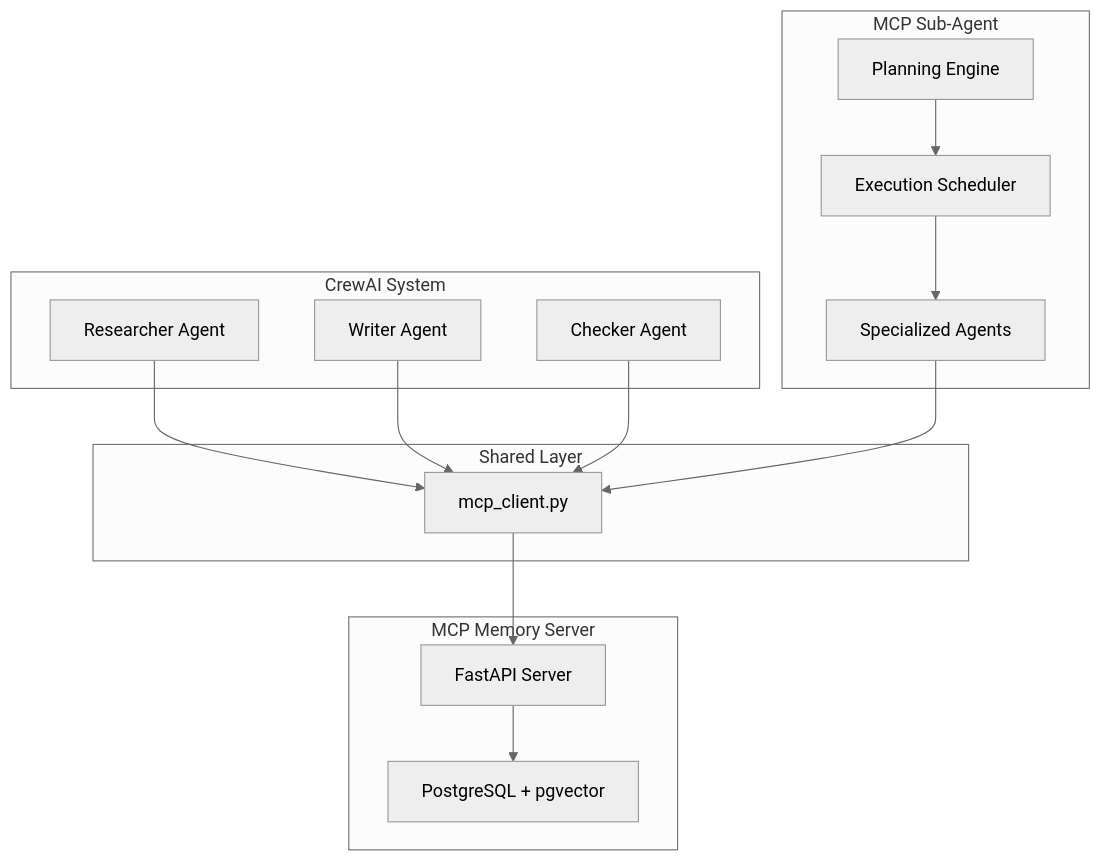
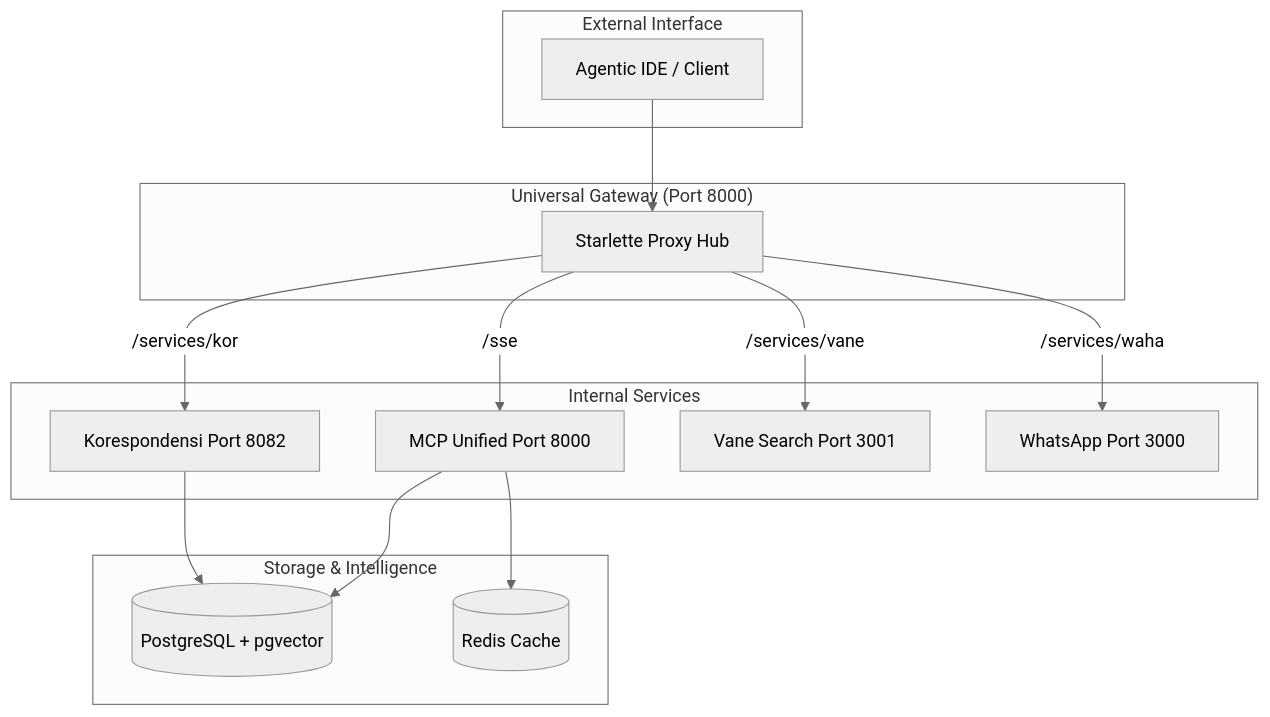
The diagram in docs/02-architecture/system-overview.md (asepsafrudin/mcp-universal-agent-system), drawn with Mermaid (neutral theme) before and after one commit. The commit also changed 1 other file, not shown here.

Commit message:
docs: update architecture and root readme with universal gateway

````diff
--- a/docs/02-architecture/system-overview.md
+++ b/docs/02-architecture/system-overview.md
@@ -61,30 +61,32 @@
 ```mermaid
 graph TB
-    subgraph "CrewAI System"
-        A[Researcher Agent]
-        B[Writer Agent]
-        C[Checker Agent]
+    subgraph "External Interface"
+        Z[Agentic IDE / Client]
+    end
+
+    subgraph "Universal Gateway (Port 8000)"
+        Gateway[Starlette Proxy Hub]
     end
     
-    subgraph "MCP Sub-Agent"
-        D[Planning Engine]
-        E[Execution Scheduler]
-        F[Specialized Agents]
+    subgraph "Internal Services"
+        MCP[MCP Unified Port 8000]
+        KOR[Korespondensi Port 8082]
+        VANE[Vane Search Port 3001]
+        WAHA[WhatsApp Port 3000]
     end
     
-    subgraph "Shared Layer"
-        G[mcp_client.py]
+    subgraph "Storage & Intelligence"
+        DB[(PostgreSQL + pgvector)]
+        REDIS[(Redis Cache)]
     end
     
-    subgraph "MCP Memory Server"
-        H[FastAPI Server]
-        I[PostgreSQL + pgvector]
-    end
+    Z --> Gateway
+    Gateway -- "/sse" --> MCP
+    Gateway -- "/services/kor" --> KOR
+    Gateway -- "/services/vane" --> VANE
+    Gateway -- "/services/waha" --> WAHA
     
-    A & B & C --> G
-    D --> E
-    E --> F
-    F --> G
-    G --> H
-    H --> I
+    MCP --> DB
+    MCP --> REDIS
+    KOR --> DB
 ```
````
